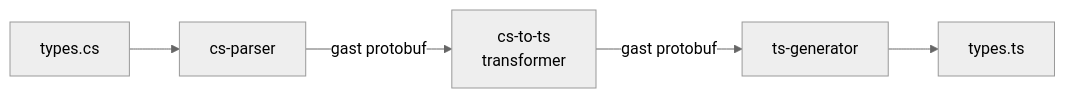
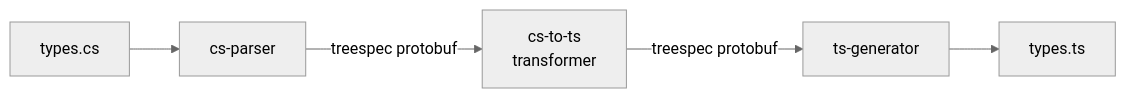
Before and after one commit to UnstoppableMango/gast: the fifth of 6 diagrams in docs/USE-CASES.md, drawn with Mermaid (neutral theme). The commit also changed other lines of this file and 15 other files, not shown here.

````diff
--- a/docs/USE-CASES.md
+++ b/docs/USE-CASES.md
@@ -100,7 +100,7 @@
 ```mermaid
 flowchart LR
     src["types.cs"] --> P["cs-parser"]
-    P -->|gast protobuf| T["cs-to-ts\ntransformer"]
-    T -->|gast protobuf| G["ts-generator"]
+    P -->|treespec protobuf| T["cs-to-ts\ntransformer"]
+    T -->|treespec protobuf| G["ts-generator"]
     G --> out["types.ts"]
 ```
````
